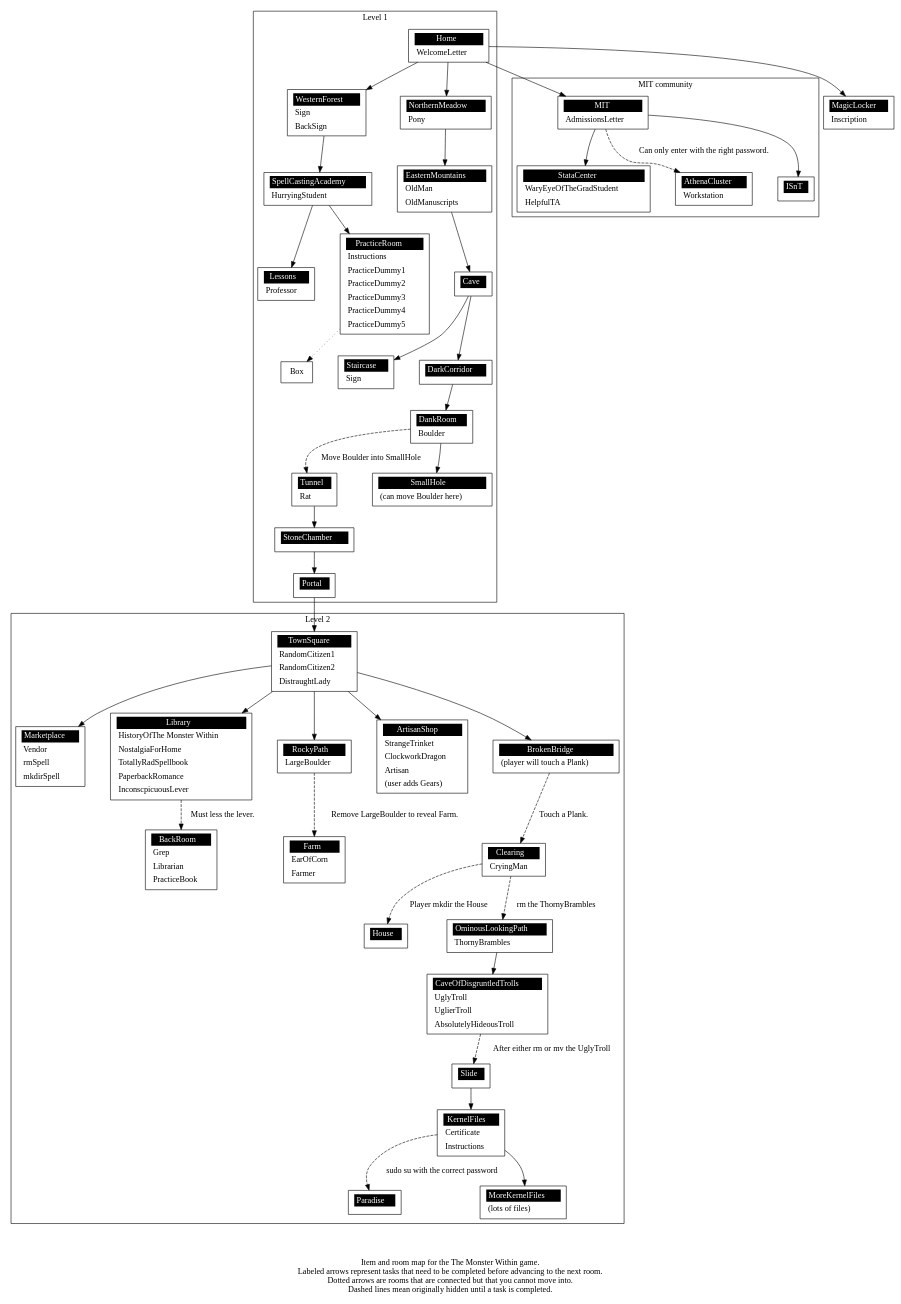
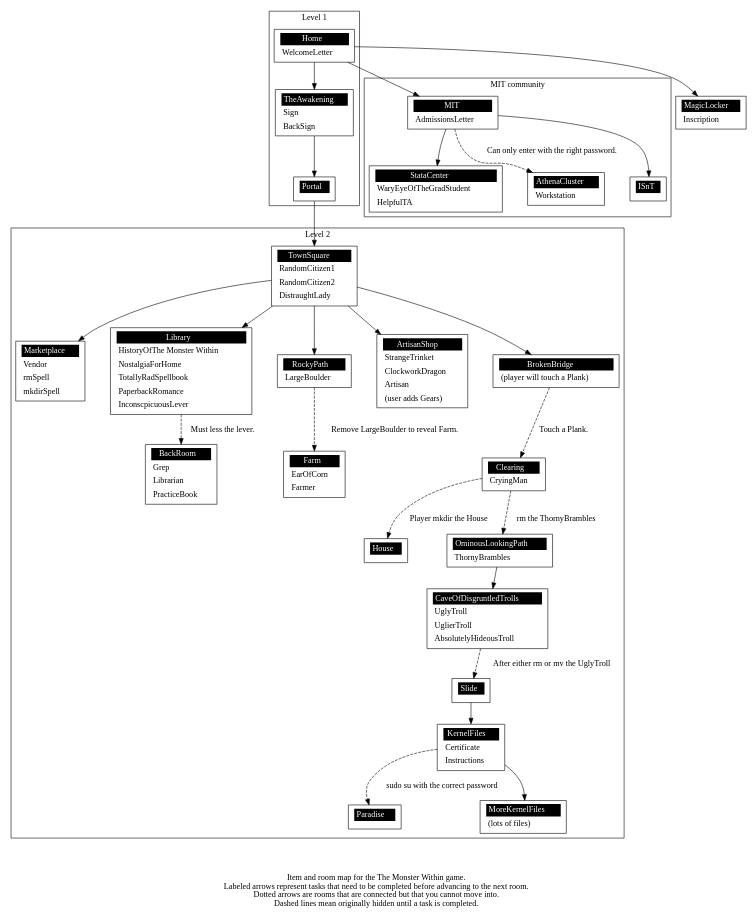
Before and after one commit to VerisimilitudeX/TheMonsterWithin: the diagram in docs/level_map.gv, drawn with Graphviz. The commit also changed 2 other files, not shown here.

Commit message:
Removed Everything and add TheAwakening

```diff
--- a/docs/level_map.gv
+++ b/docs/level_map.gv
@@ -15,89 +15,14 @@
 	<td align="left" port="r0">WelcomeLetter</td></tr>
 	</table>>];
 
-	"WesternForest" [label = 
+	"TheAwakening" [label = 
 	<<table border="0" cellborder="0" cellpadding="3" bgcolor="white"><tr>
-	<td bgcolor="black" align="center" colspan="2"><font color="white">WesternForest</font></td></tr><tr>
+	<td bgcolor="black" align="center" colspan="2"><font color="white">TheAwakening</font></td></tr><tr>
 	<td align="left" port="r0">Sign</td></tr>
 	<tr><td align="left" port="r1">BackSign</td></tr>
 	</table>>];
 
-	"NorthernMeadow" [label = 
-	<<table border="0" cellborder="0" cellpadding="3" bgcolor="white"><tr>
-	<td bgcolor="black" align="center" colspan="2"><font color="white">NorthernMeadow</font></td></tr><tr>
-	<td align="left" port="r0">Pony</td></tr>
-	</table>>];
-
-	"SpellCastingAcademy" [label = 
-	<<table border="0" cellborder="0" cellpadding="3" bgcolor="white"><tr>
-	<td bgcolor="black" align="center" colspan="2"><font color="white">SpellCastingAcademy</font></td></tr><tr>
-	<td align="left" port="r0">HurryingStudent</td></tr>
-	</table>>];
-
-	"Lessons" [label = 
-	<<table border="0" cellborder="0" cellpadding="3" bgcolor="white"><tr>
-	<td bgcolor="black" align="center" colspan="2"><font color="white">Lessons</font></td></tr><tr>
-	<td align="left" port="r0">Professor</td></tr>
-	</table>>];
-
-	"PracticeRoom" [label = 
-	<<table border="0" cellborder="0" cellpadding="3" bgcolor="white"><tr>
-	<td bgcolor="black" align="center" colspan="2"><font color="white">PracticeRoom</font></td></tr>
-	<tr><td align="left" port="r0">Instructions</td></tr>
-	<tr><td align="left" port="r1">PracticeDummy1</td></tr>
-	<tr><td align="left" port="r2">PracticeDummy2</td></tr>
-	<tr><td align="left" port="r3">PracticeDummy3</td></tr>
-	<tr><td align="left" port="r4">PracticeDummy4</td></tr>
-	<tr><td align="left" port="r5">PracticeDummy5</td></tr>
-	</table>>];
-
-	"EasternMountains" [label = 
-	<<table border="0" cellborder="0" cellpadding="3" bgcolor="white"><tr>
-	<td bgcolor="black" align="center" colspan="2"><font color="white">EasternMountains</font></td></tr><tr><td align="left" port="r0">OldMan</td></tr>
-	<tr><td align="left" port="r1">OldManuscripts</td></tr>
-	</table>>];
-
-	"Cave" [label = 
-	<<table border="0" cellborder="0" cellpadding="3" bgcolor="white"><tr>
-	<td bgcolor="black" align="center" colspan="2"><font color="white">Cave</font></td></tr>
-	<tr><td align="left" port="r0"></td></tr>
-	</table>>];
-
-	"Staircase" [label = 
-	<<table border="0" cellborder="0" cellpadding="3" bgcolor="white"><tr>
-	<td bgcolor="black" align="center" colspan="2"><font color="white">Staircase</font></td></tr>
-	<tr><td align="left" port="r0">Sign</td></tr>
-	</table>>];
-
-	"DarkCorridor" [label = 
-	<<table border="0" cellborder="0" cellpadding="3" bgcolor="white"><tr>
-	<td bgcolor="black" align="center" colspan="2"><font color="white">DarkCorridor</font></td></tr>
-	<tr><td align="left" port="r0"></td></tr>
-	</table>>];
-
-	"DankRoom" [label = 
-	<<table border="0" cellborder="0" cellpadding="3" bgcolor="white"><tr>
-	<td bgcolor="black" align="center" colspan="2"><font color="white">DankRoom</font></td></tr>
-	<tr><td align="left" port="r0">Boulder</td></tr>
-	</table>>];
-
-	"Tunnel" [label = 
-	<<table border="0" cellborder="0" cellpadding="3" bgcolor="white"><tr>
-	<td bgcolor="black" align="center" colspan="2"><font color="white">Tunnel</font></td></tr>
-	<tr><td align="left" port="r0">Rat</td></tr>
-	</table>>];
-
-	"SmallHole" [label = 
-	<<table border="0" cellborder="0" cellpadding="3" bgcolor="white"><tr>
-	<td bgcolor="black" align="center" colspan="2"><font color="white">SmallHole</font></td></tr>
-	<tr><td align="left" port="r0">(can move Boulder here)</td></tr>
-	</table>>];
-
-	"StoneChamber" [label = 
-	<<table border="0" cellborder="0" cellpadding="3" bgcolor="white"><tr>
-	<td bgcolor="black" align="center" colspan="2"><font color="white">StoneChamber</font></td></tr>
-	<tr><td align="left" port="r0"></td></tr>
-	</table>>];
+	
 
 	"Portal" [label = 
 	<<table border="0" cellborder="0" cellpadding="3" bgcolor="white"><tr>
@@ -250,21 +175,8 @@
 	</table>>];
 
 	subgraph cluster_level1{
-		"Home" -> "WesternForest";
-		"Home" -> "NorthernMeadow";
-		"WesternForest" -> "SpellCastingAcademy";
-		"SpellCastingAcademy" -> "PracticeRoom";
-		"SpellCastingAcademy" -> "Lessons";
-		"PracticeRoom" -> "Box" [style="dotted"];
-		"NorthernMeadow" -> "EasternMountains";
-		"EasternMountains" -> "Cave";
-		"Cave" -> "DarkCorridor";
-		"Cave" -> "Staircase";
-		"DarkCorridor" -> "DankRoom";
-		"DankRoom" -> "SmallHole";
-		"DankRoom" -> "Tunnel" [style="dashed", label="Move Boulder into SmallHole"];
-		"Tunnel" -> "StoneChamber";
-		"StoneChamber" -> "Portal";
+		"Home" -> "TheAwakening";
+		"TheAwakening" -> "Portal";
 		label = "Level 1";
 	}
 
```
